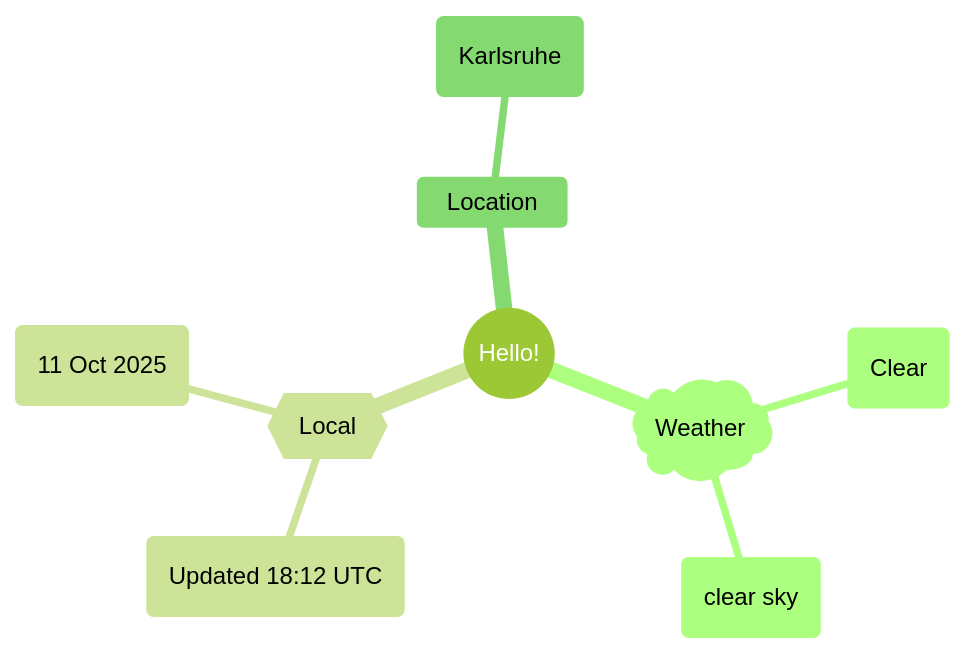
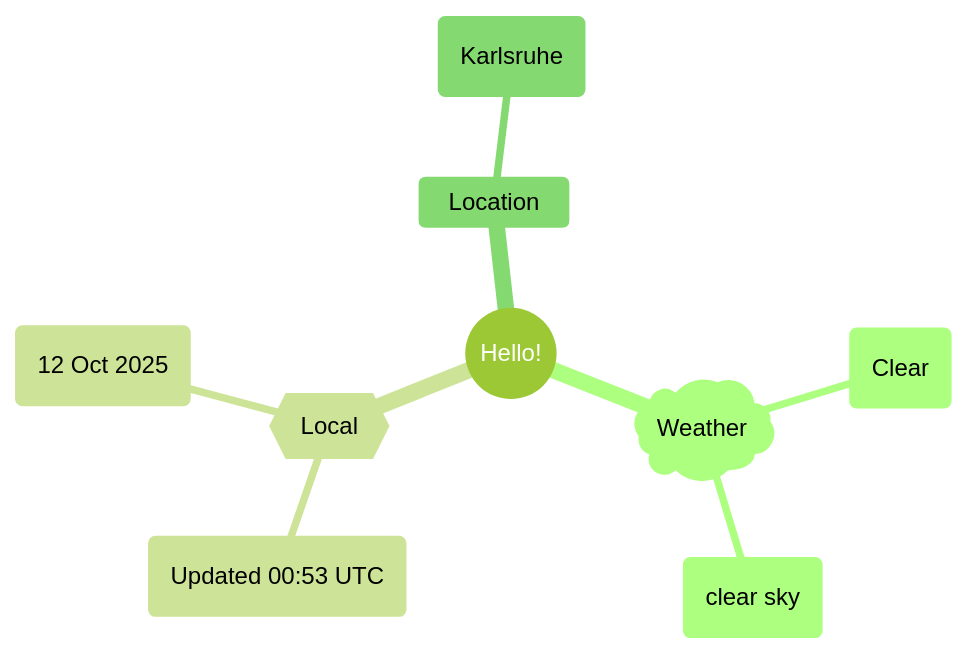
Before and after one commit to Xosrov/Xosrov: the first of 2 diagrams in README.md, drawn with Mermaid (forest theme).

Commit message:
[bot] updated images

````diff
--- a/README.md
+++ b/README.md
@@ -3,12 +3,12 @@
 ```mermaid
 mindmap
   root((Hello!))
     )Weather(
         (Clear)
         (clear sky)
     {{Local}}
-        (Updated 18:12 UTC)
-        (11 Oct 2025)
+        (Updated 00:53 UTC)
+        (12 Oct 2025)
     Location
         (Karlsruhe)
 ```
````
